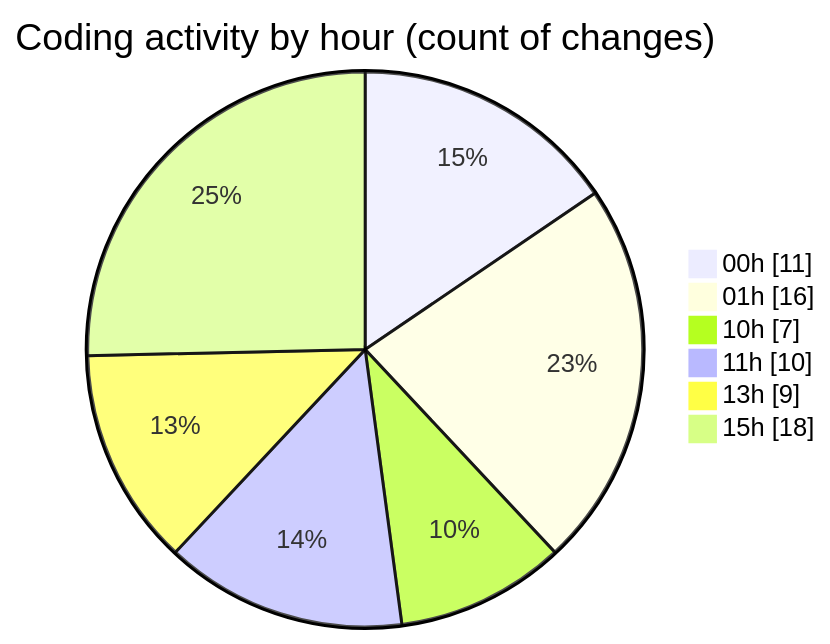
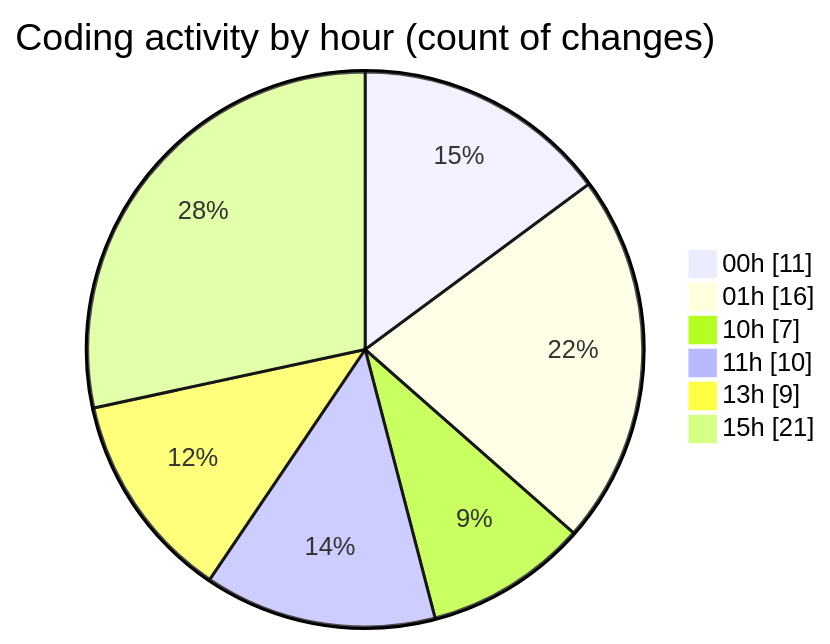
One commit to julien-gomy/code-tracking changed the second of 2 diagrams in 2025-10-11/eventscop-frontend-guide__workspace_/README.md. Above: the diagram before and after it, drawn with Mermaid. The commit also changed other lines of this file and 1 other file, not shown here.

````diff
--- a/2025-10-11/eventscop-frontend-guide__workspace_/README.md
+++ b/2025-10-11/eventscop-frontend-guide__workspace_/README.md
@@ -48,10 +48,10 @@
 ```mermaid
 pie showData
 title Coding activity by hour (count of changes)
 "00h" : 11
 "01h" : 16
 "10h" : 7
 "11h" : 10
 "13h" : 9
-"15h" : 18
+"15h" : 21
 ```
````
